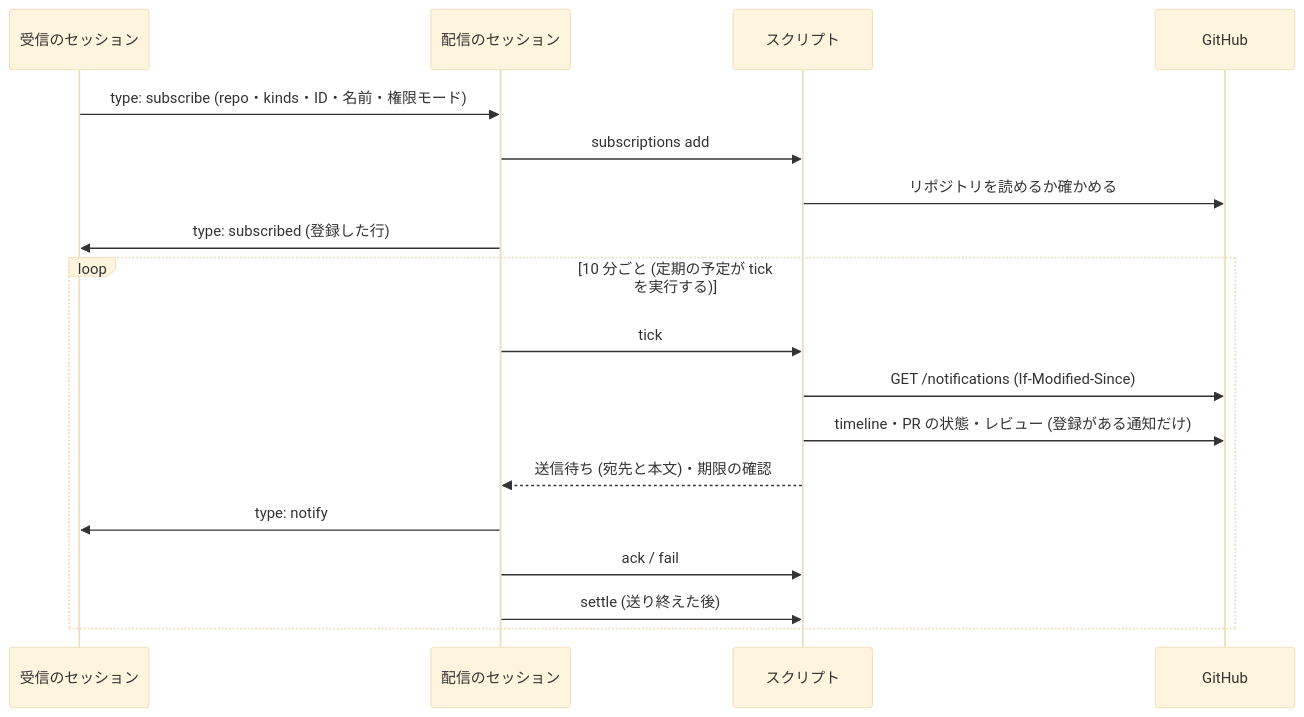
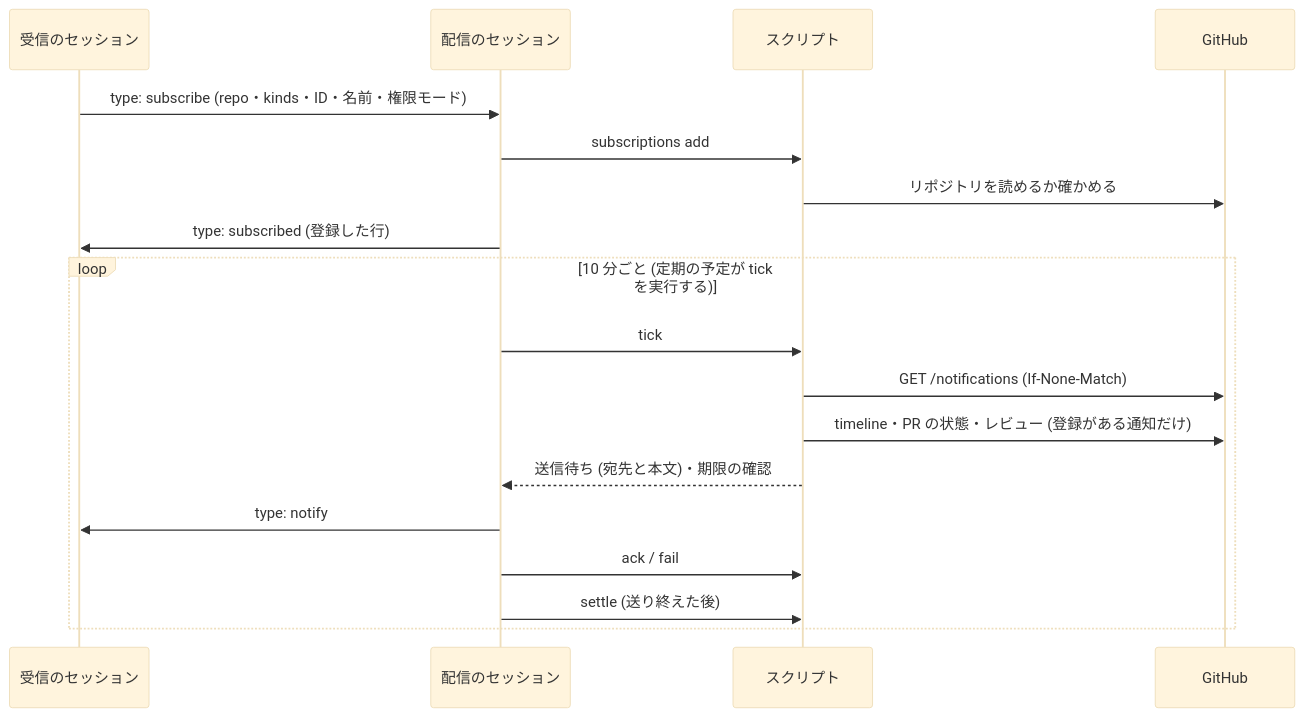
The diagram in docs/plans/2026-11-14-1428-feat-gh-notification-dispatch-plan.md (akm/claude-plugins), drawn with Mermaid (base theme) before and after one commit. The commit also changed other lines of this file, not shown here.

````diff
--- a/docs/plans/2026-11-14-1428-feat-gh-notification-dispatch-plan.md
+++ b/docs/plans/2026-11-14-1428-feat-gh-notification-dispatch-plan.md
@@ -138,20 +138,20 @@
 ```mermaid
 sequenceDiagram
   participant R as 受信のセッション
   participant D as 配信のセッション
   participant S as スクリプト
   participant G as GitHub
   R->>D: type: subscribe (repo・kinds・ID・名前・権限モード)
   D->>S: subscriptions add
   S->>G: リポジトリを読めるか確かめる
   D->>R: type: subscribed (登録した行)
   loop 10 分ごと (定期の予定が tick を実行する)
     D->>S: tick
-    S->>G: GET /notifications (If-Modified-Since)
+    S->>G: GET /notifications (If-None-Match)
     S->>G: timeline・PR の状態・レビュー (登録がある通知だけ)
     S-->>D: 送信待ち (宛先と本文)・期限の確認
     D->>R: type: notify
     D->>S: ack / fail
     D->>S: settle (送り終えた後)
   end
 ```
````
